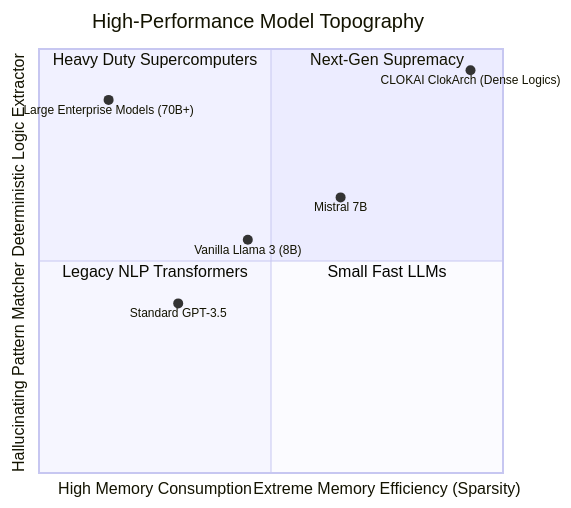
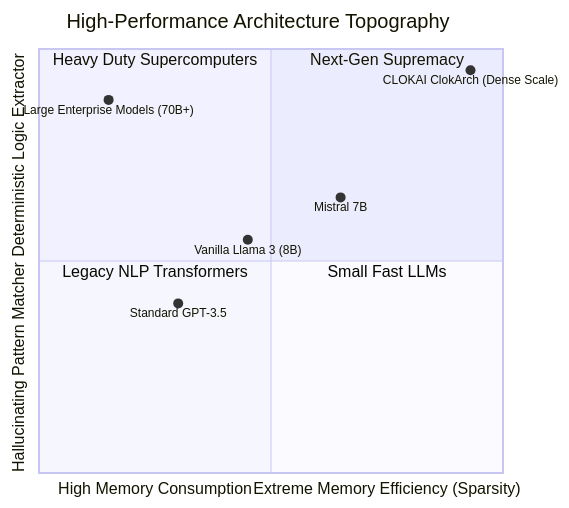
One commit to clokai/clokai changed the sixth of 6 diagrams in v3.md. Above: the diagram before and after it, drawn with Mermaid. The commit also changed other lines of this file, not shown here.

````diff
--- a/v3.md
+++ b/v3.md
@@ -263,16 +248,16 @@
 ```mermaid
 quadrantChart
-    title High-Performance Model Topography
+    title High-Performance Architecture Topography
     x-axis "High Memory Consumption" --> "Extreme Memory Efficiency (Sparsity)"
     y-axis "Hallucinating Pattern Matcher" --> "Deterministic Logic Extractor"
     quadrant-1 "Next-Gen Supremacy"
     quadrant-2 "Heavy Duty Supercomputers"
     quadrant-3 "Legacy NLP Transformers"
     quadrant-4 "Small Fast LLMs"
     
     "Vanilla Llama 3 (8B)": [0.45, 0.55]
     "Standard GPT-3.5": [0.30, 0.40]
     "Mistral 7B": [0.65, 0.65]
-    "CLOKAI ClokArch (Dense Logics)": [0.93, 0.95]
+    "CLOKAI ClokArch (Dense Scale)": [0.93, 0.95]
     "Large Enterprise Models (70B+)": [0.15, 0.88]
 ```
````
